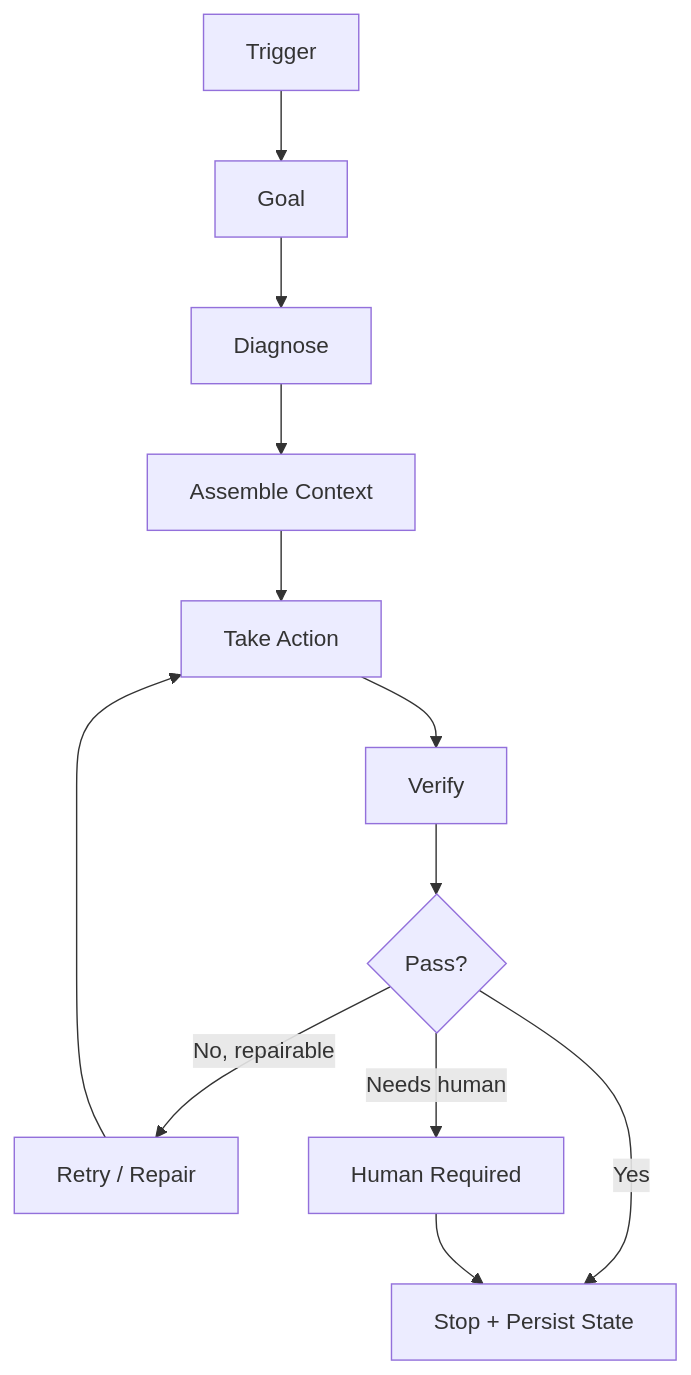
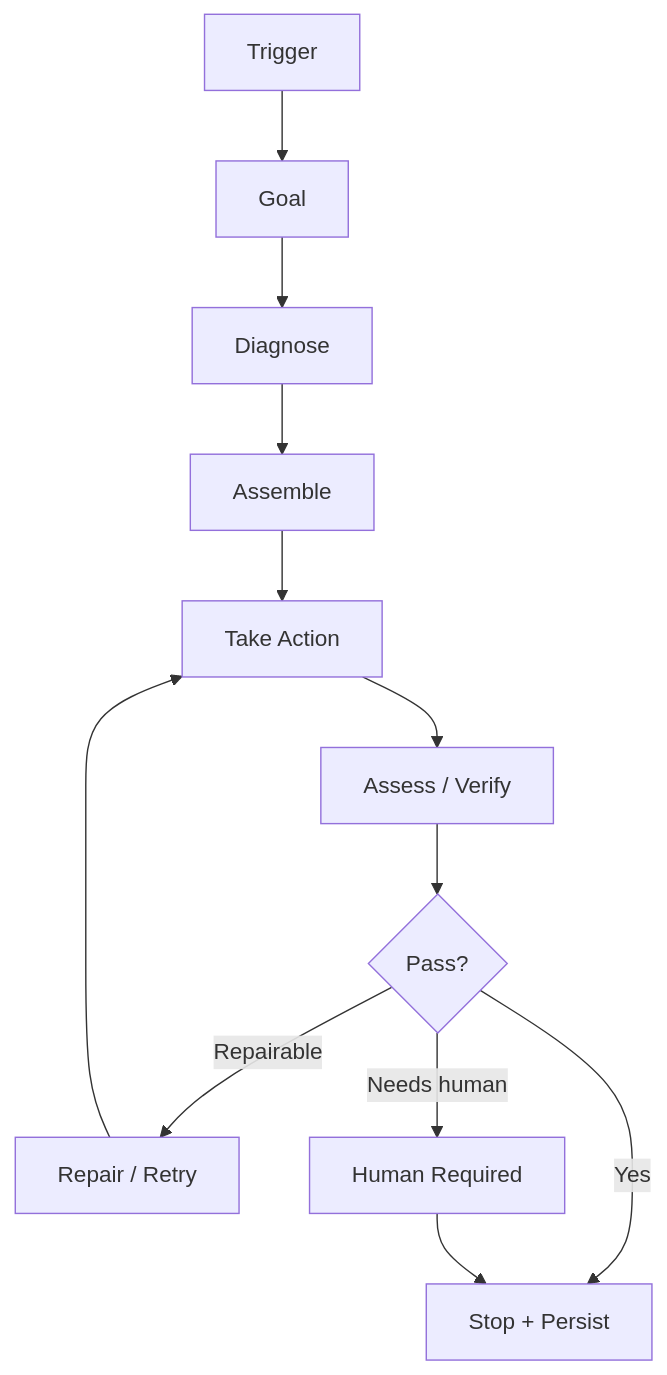
One commit to Riku888/smartee changed the fifth of 7 diagrams in ARCHITECTURE.md. Above: the diagram before and after it, drawn with Mermaid. The commit also changed other lines of this file and 1 other file, not shown here.

Commit message:
Changed architecture files

````diff
--- a/ARCHITECTURE.md
+++ b/ARCHITECTURE.md
@@ -670,28 +1095,18 @@
 ```mermaid
 flowchart TD
-
     T[Trigger]
     G[Goal]
     D[Diagnose]
-    A[Assemble Context]
+    A[Assemble]
     X[Take Action]
-    V[Verify]
-    P{Pass?}
-    R[Retry / Repair]
+    V[Assess / Verify]
+    PASS{Pass?}
+    R[Repair / Retry]
     H[Human Required]
-    S[Stop + Persist State]
+    S[Stop + Persist]
 
-    T --> G
-    G --> D
-    D --> A
-    A --> X
-    X --> V
-    V --> P
-
-    P -->|Yes| S
-    P -->|No, repairable| R
-    R --> X
-
-    P -->|Needs human| H
-    H --> S
+    T --> G --> D --> A --> X --> V --> PASS
+    PASS -->|Yes| S
+    PASS -->|Repairable| R --> X
+    PASS -->|Needs human| H --> S
 ```
````
